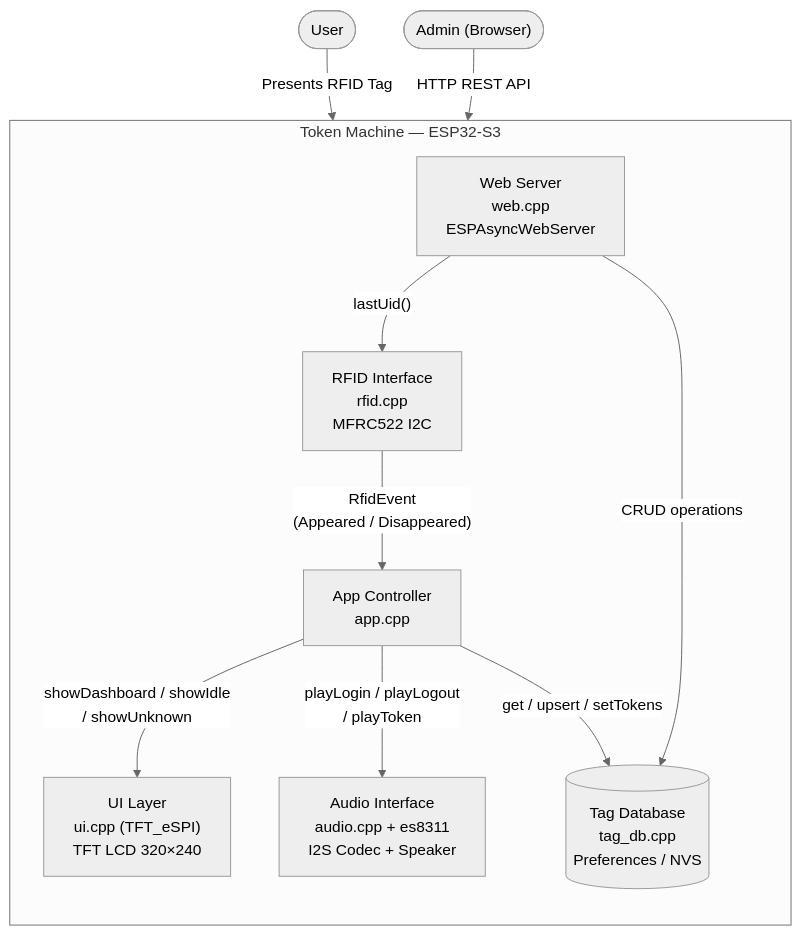
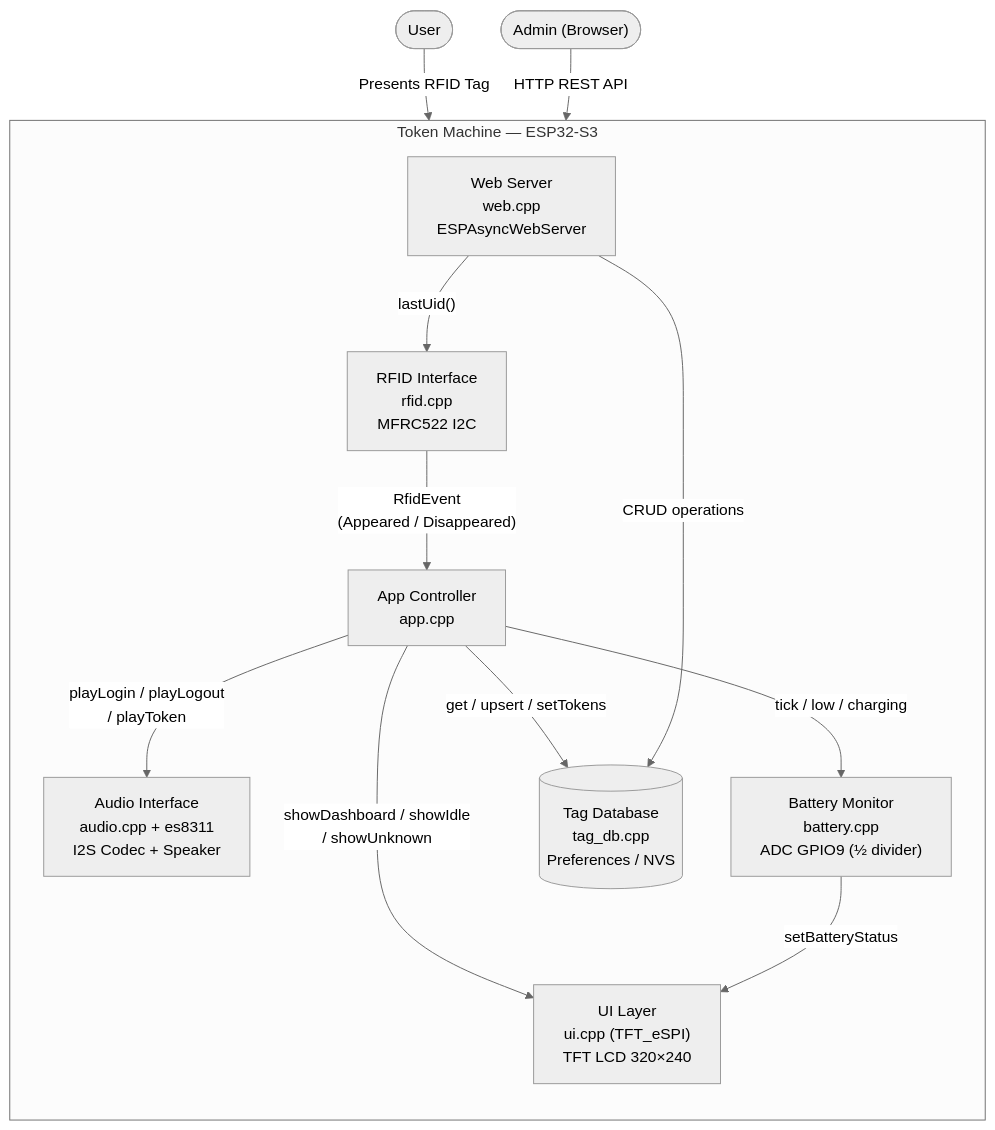
The first of 3 diagrams in README.md (jamesmendel/token_machine), drawn with Mermaid (neutral theme) before and after one commit. The commit also changed other lines of this file and 8 other files, not shown here.

Commit message:
feat: add battery low / charging detection, display in ui and web

````diff
--- a/README.md
+++ b/README.md
@@ -35,21 +36,24 @@
 ```mermaid
 graph TD
     subgraph "Token Machine — ESP32-S3"
         direction TB
         App["App Controller\napp.cpp"]
         UI["UI Layer\nui.cpp (TFT_eSPI)\nTFT LCD 320×240"]
         RFID_IF["RFID Interface\nrfid.cpp\nMFRC522 I2C"]
         Audio_IF["Audio Interface\naudio.cpp + es8311\nI2S Codec + Speaker"]
+        Batt_IF["Battery Monitor\nbattery.cpp\nADC GPIO9 (½ divider)"]
         Web_IF["Web Server\nweb.cpp\nESPAsyncWebServer"]
         TagDB[("Tag Database\ntag_db.cpp\nPreferences / NVS")]
     end
 
     User(["User"]) -->|"Presents RFID Tag"| RFID_IF
     RFID_IF -->|"RfidEvent\n(Appeared / Disappeared)"| App
     App -->|"showDashboard / showIdle\n/ showUnknown"| UI
     App -->|"playLogin / playLogout\n/ playToken"| Audio_IF
+    App -->|"tick / low / charging"| Batt_IF
+    Batt_IF -->|"setBatteryStatus"| UI
     App -->|"get / upsert / setTokens"| TagDB
     Admin(["Admin (Browser)"]) -->|"HTTP REST API"| Web_IF
     Web_IF -->|"CRUD operations"| TagDB
     Web_IF -->|"lastUid()"| RFID_IF
 ```
````
